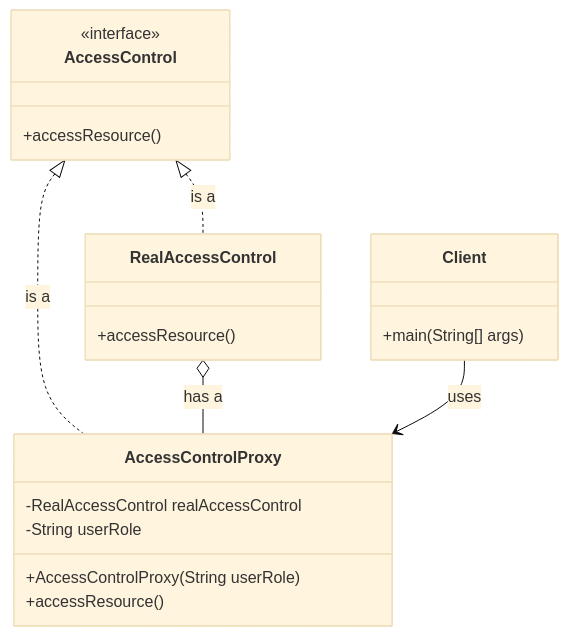
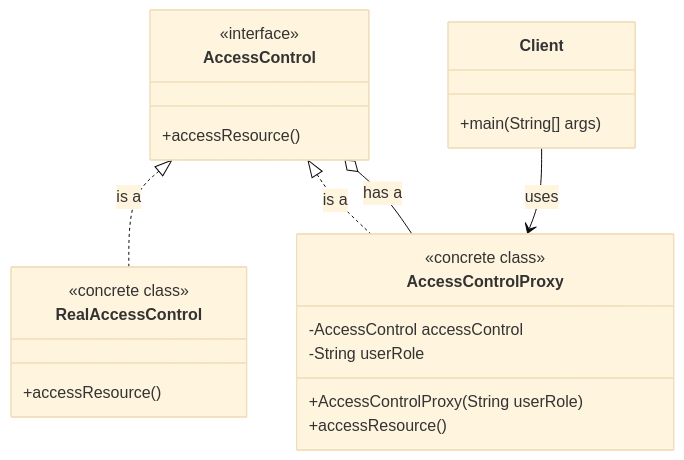
The diagram in structural/Proxy/Proxy.md (sachinyadav111140/designPattern), drawn with Mermaid (base theme) before and after one commit. The commit also changed other lines of this file and 4 other files, not shown here.

````diff
--- a/structural/Proxy/Proxy.md
+++ b/structural/Proxy/Proxy.md
@@ -94,27 +94,29 @@
 ```mermaid
 classDiagram
     class AccessControl {
         <<interface>>
         +accessResource()
     }
 
     class RealAccessControl {
+        <<concrete class>>
         +accessResource()
     }
 
     class AccessControlProxy {
-        -RealAccessControl realAccessControl
+        <<concrete class>>
+        -AccessControl accessControl
         -String userRole
         +AccessControlProxy(String userRole)
         +accessResource()
     }
 
     class Client {
         +main(String[] args)
     }
 
     AccessControl <|.. RealAccessControl : is a
     AccessControl <|.. AccessControlProxy : is a
-    RealAccessControl o-- AccessControlProxy : has a
+    AccessControl o-- AccessControlProxy : has a
     Client --> AccessControlProxy : uses
 ```
````
